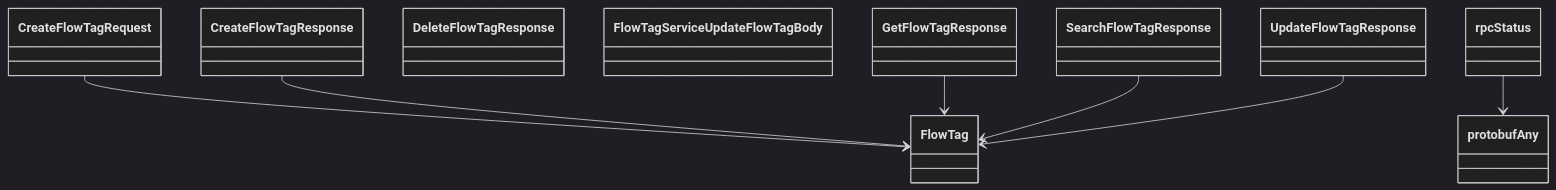
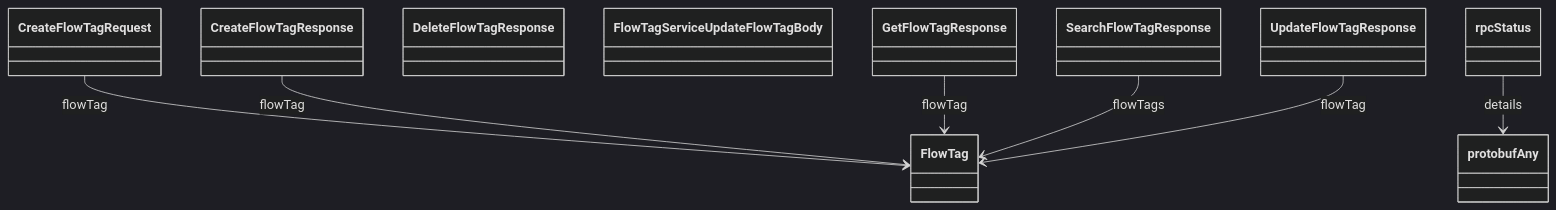
Diagram 12 of 12 in docs/sphinx/services/flow_tag.md (alexdearaujo/community_sdk_python), drawn with Mermaid (dark theme) before and after one commit. The commit also changed other lines of this file and 129 other files, not shown here.

````diff
--- a/docs/sphinx/services/flow_tag.md
+++ b/docs/sphinx/services/flow_tag.md
@@ -419,19 +440,19 @@
 ```mermaid
 classDiagram
     class CreateFlowTagRequest
     class CreateFlowTagResponse
     class DeleteFlowTagResponse
     class FlowTag
     class FlowTagServiceUpdateFlowTagBody
     class GetFlowTagResponse
     class SearchFlowTagResponse
     class UpdateFlowTagResponse
     class protobufAny
     class rpcStatus
-    CreateFlowTagRequest --> FlowTag
-    CreateFlowTagResponse --> FlowTag
-    GetFlowTagResponse --> FlowTag
-    SearchFlowTagResponse --> FlowTag
-    UpdateFlowTagResponse --> FlowTag
-    rpcStatus --> protobufAny
+    CreateFlowTagRequest --> FlowTag : flowTag
+    CreateFlowTagResponse --> FlowTag : flowTag
+    GetFlowTagResponse --> FlowTag : flowTag
+    SearchFlowTagResponse --> FlowTag : flowTags
+    UpdateFlowTagResponse --> FlowTag : flowTag
+    rpcStatus --> protobufAny : details
 ```
````
